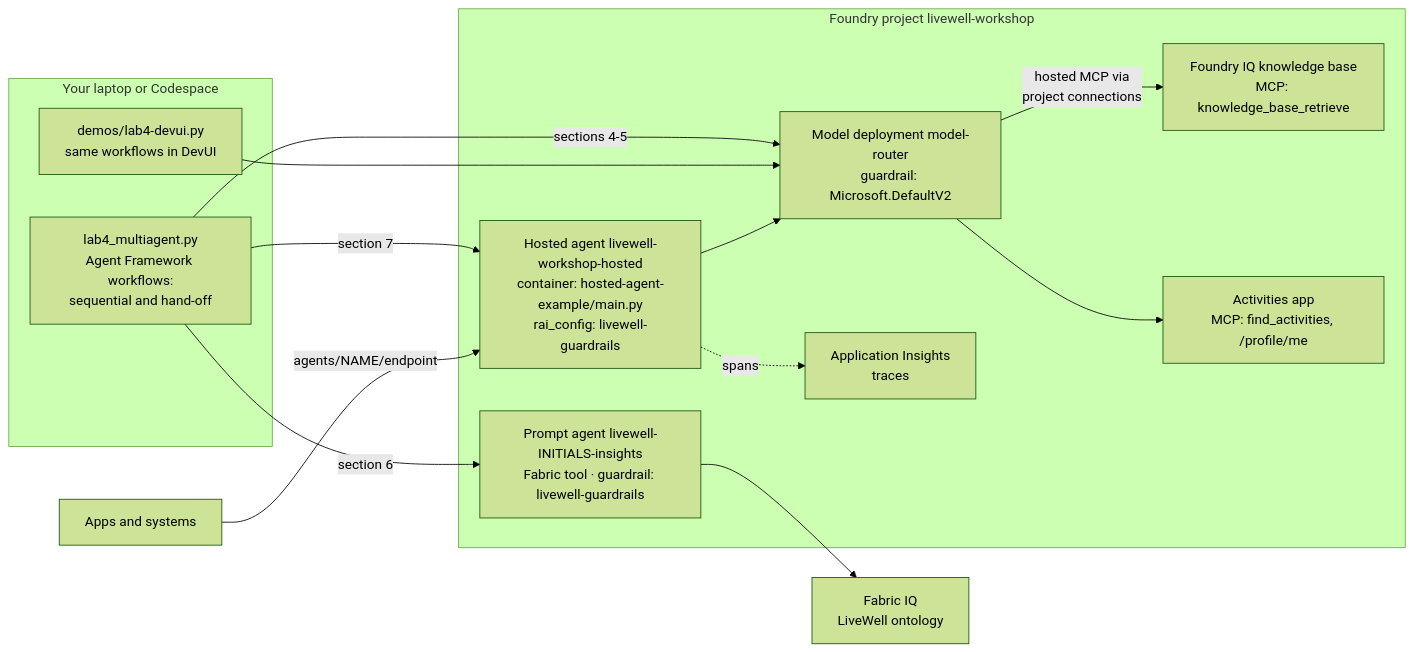
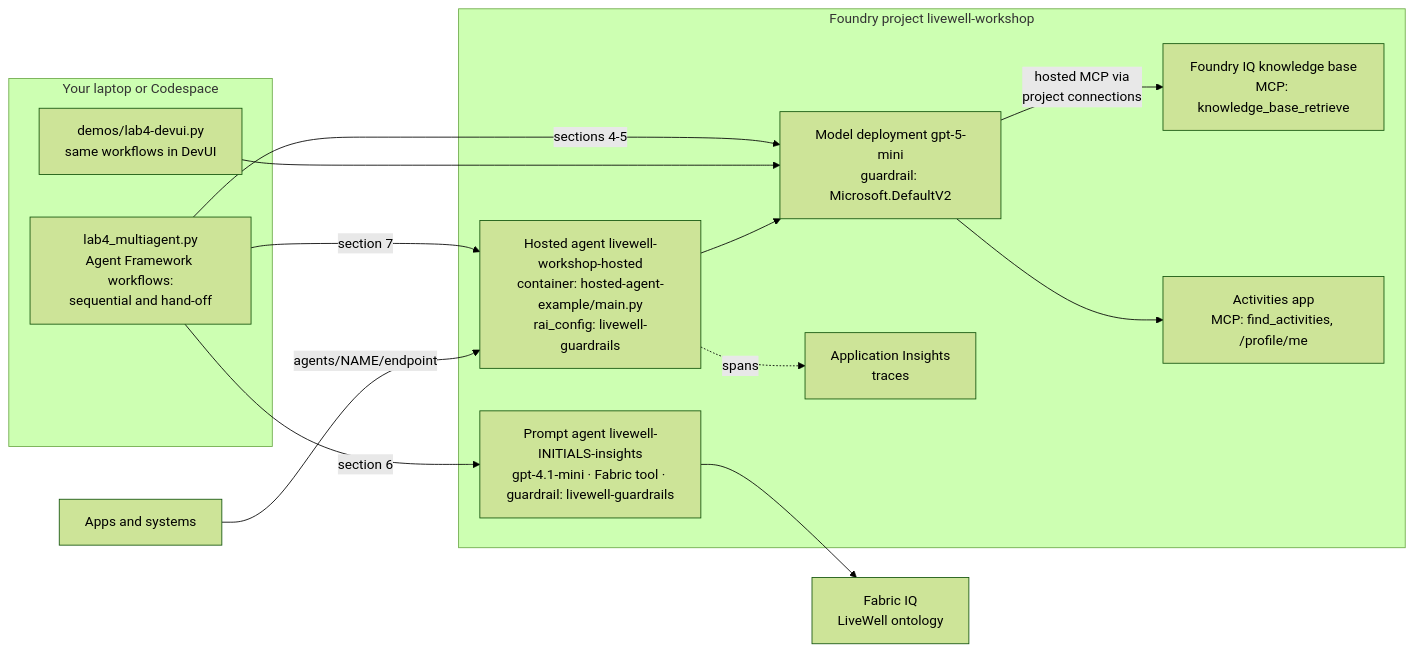
One commit to tonirex/livewell-foundry-workshop changed the first of 3 diagrams in content/labs/lab-04.md. Above: the diagram before and after it, drawn with Mermaid (forest theme). The commit also changed other lines of this file and 85 other files, not shown here.

````diff
--- a/content/labs/lab-04.md
+++ b/content/labs/lab-04.md
@@ -72,27 +72,27 @@
 ```mermaid
 flowchart LR
   subgraph laptop["Your laptop or Codespace"]
     script["lab4_multiagent.py<br/>Agent Framework workflows:<br/>sequential and hand-off"]
     devui["demos/lab4-devui.py<br/>same workflows in DevUI"]
   end
   subgraph project["Foundry project livewell-workshop"]
-    dep["Model deployment model-router<br/>guardrail: Microsoft.DefaultV2"]
+    dep["Model deployment gpt-5-mini<br/>guardrail: Microsoft.DefaultV2"]
     kb["Foundry IQ knowledge base<br/>MCP: knowledge_base_retrieve"]
     acts["Activities app<br/>MCP: find_activities, /profile/me"]
-    insights["Prompt agent livewell-INITIALS-insights<br/>Fabric tool · guardrail: livewell-guardrails"]
+    insights["Prompt agent livewell-INITIALS-insights<br/>gpt-4.1-mini · Fabric tool · guardrail: livewell-guardrails"]
     hosted["Hosted agent livewell-workshop-hosted<br/>container: hosted-agent-example/main.py<br/>rai_config: livewell-guardrails"]
     appi["Application Insights<br/>traces"]
   end
   fabric["Fabric IQ<br/>LiveWell ontology"]
   apps["Apps and systems"]
   script -- "sections 4-5" --> dep
   devui --> dep
   dep -- "hosted MCP via<br/>project connections" --> kb
   dep --> acts
   script -- "section 6" --> insights
   insights --> fabric
   script -- "section 7" --> hosted
   apps -- "agents/NAME/endpoint" --> hosted
   hosted --> dep
   hosted -. "spans" .-> appi
 ```
````
